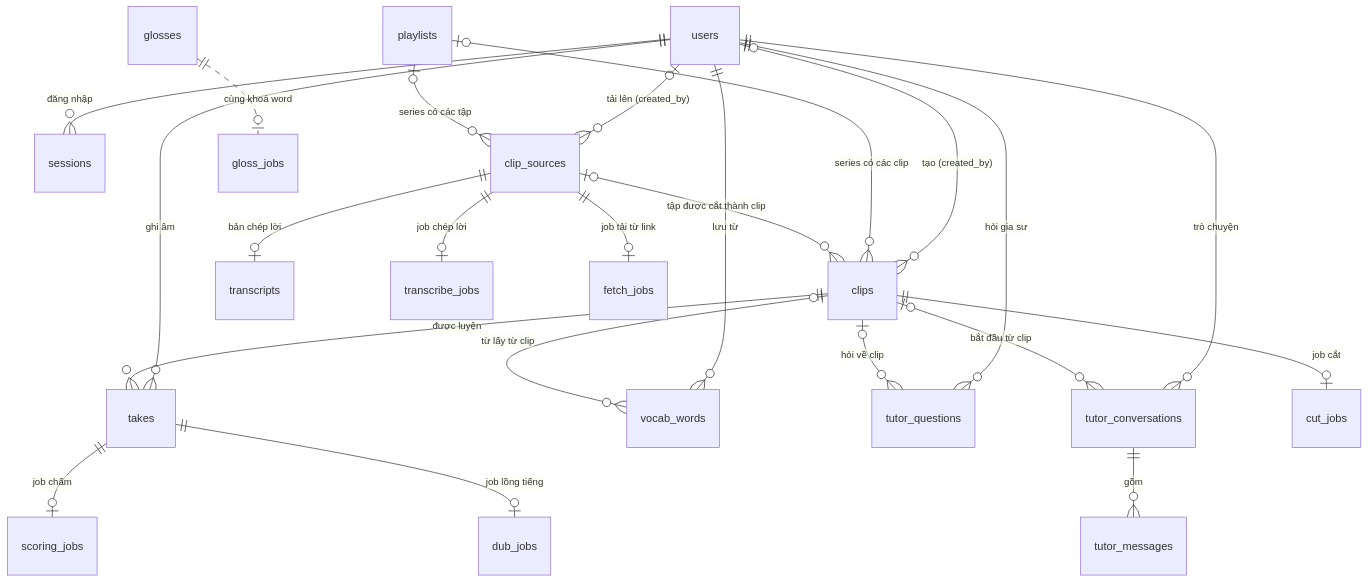
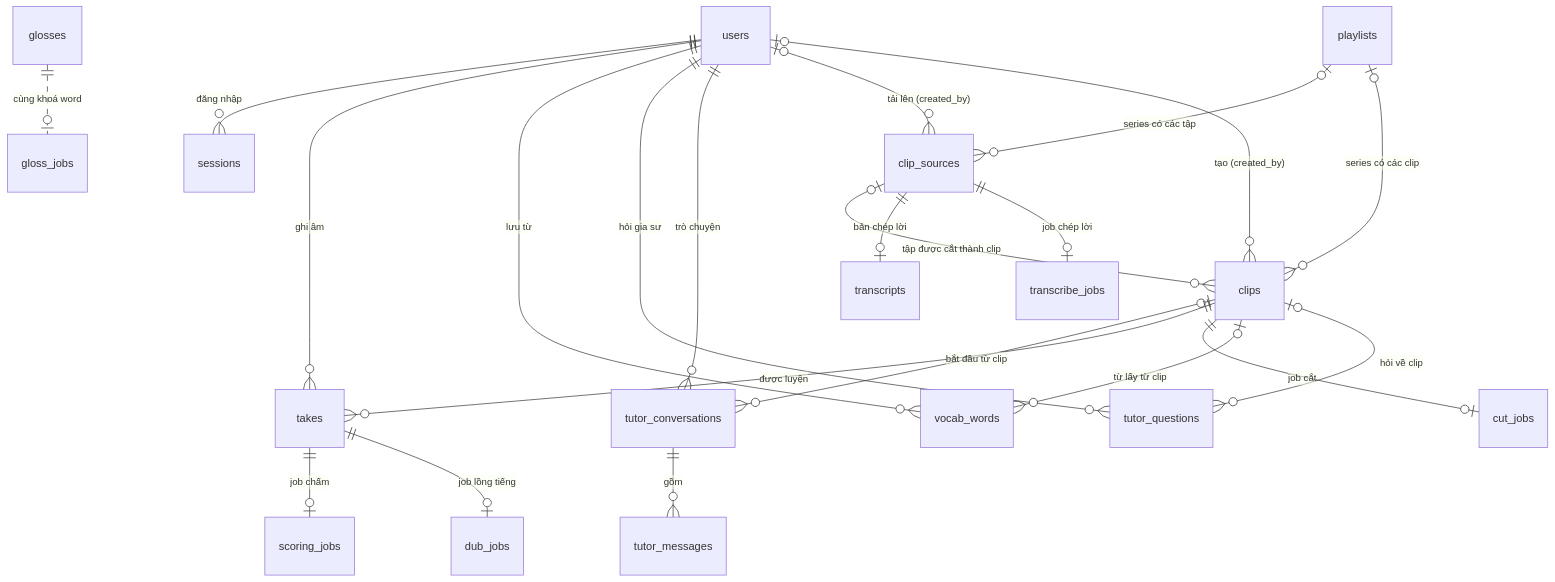
Before and after one commit to mjmpro01/shadowline-english: the second of 7 diagrams in docs/ARCHITECTURE.md, drawn with Mermaid. The commit also changed other lines of this file and 26 other files, not shown here.

````diff
--- a/docs/ARCHITECTURE.md
+++ b/docs/ARCHITECTURE.md
@@ -276,29 +276,28 @@
 ```mermaid
 erDiagram
   users ||--o{ sessions : "đăng nhập"
   users ||--o{ takes : "ghi âm"
   users ||--o{ vocab_words : "lưu từ"
   users ||--o{ tutor_questions : "hỏi gia sư"
   users ||--o{ tutor_conversations : "trò chuyện"
   tutor_conversations ||--o{ tutor_messages : "gồm"
   clips |o--o{ tutor_conversations : "bắt đầu từ clip"
   users |o--o{ clip_sources : "tải lên (created_by)"
   users |o--o{ clips : "tạo (created_by)"
 
   playlists |o--o{ clip_sources : "series có các tập"
   playlists |o--o{ clips : "series có các clip"
   clip_sources |o--o{ clips : "tập được cắt thành clip"
   clip_sources ||--o| transcripts : "bản chép lời"
   clip_sources ||--o| transcribe_jobs : "job chép lời"
-  clip_sources ||--o| fetch_jobs : "job tải từ link"
 
   clips ||--o{ takes : "được luyện"
   clips ||--o| cut_jobs : "job cắt"
   clips |o--o{ vocab_words : "từ lấy từ clip"
   clips |o--o{ tutor_questions : "hỏi về clip"
 
   takes ||--o| scoring_jobs : "job chấm"
   takes ||--o| dub_jobs : "job lồng tiếng"
 
   glosses ||..o| gloss_jobs : "cùng khoá word"
 ```
````
